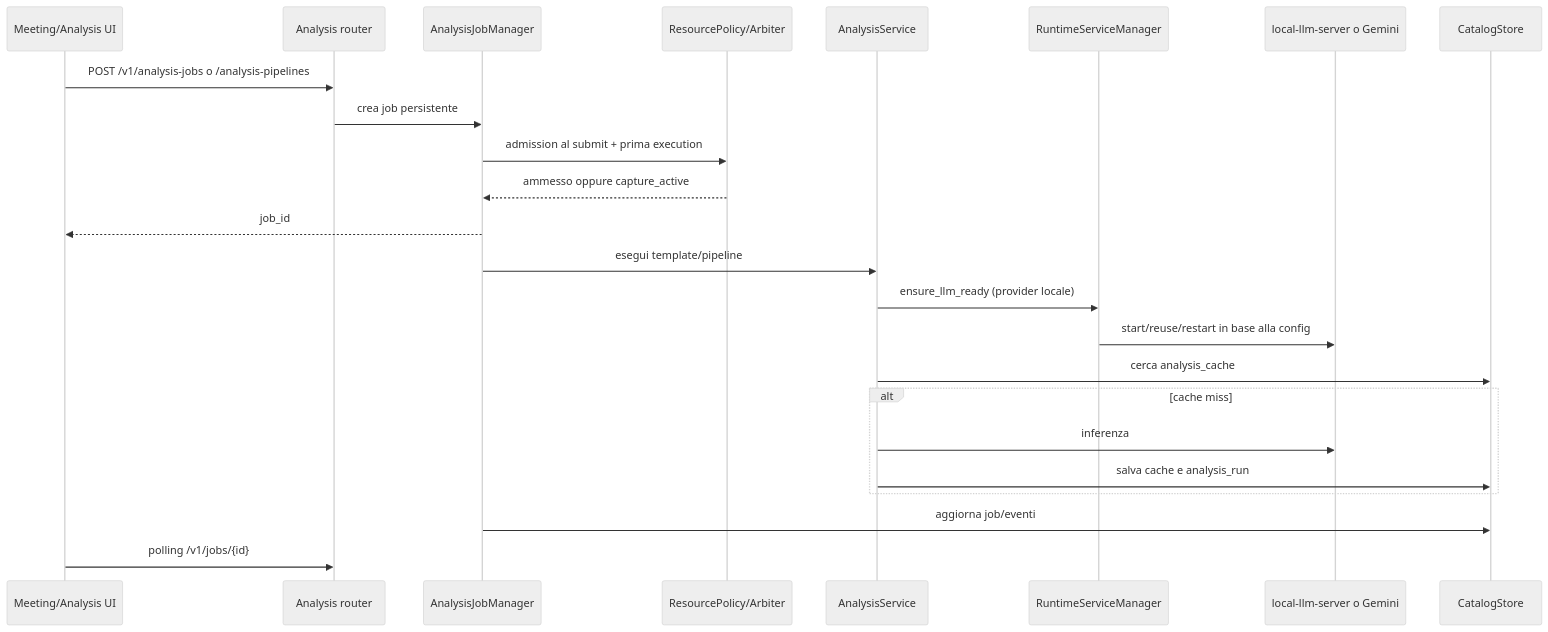
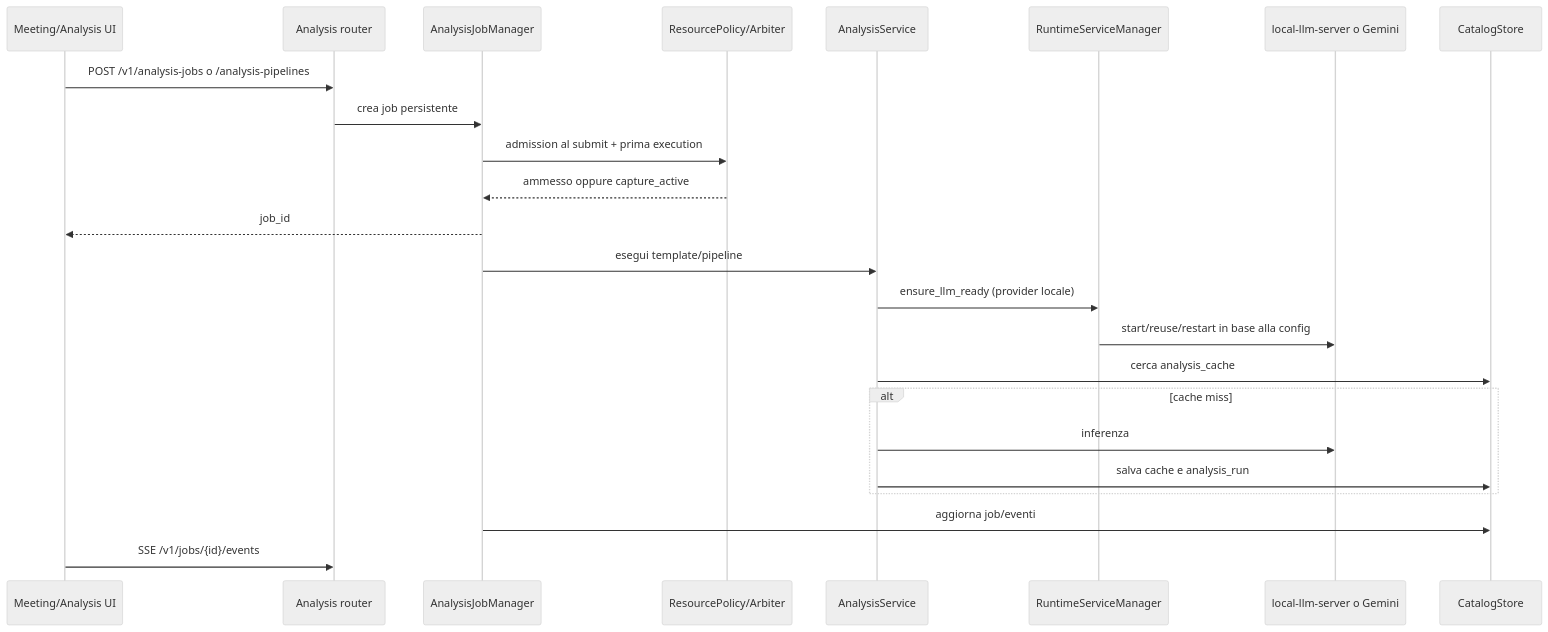
One commit to daniele21/local-asr-server changed the fifth of 6 diagrams in docs/architecture.md. Above: the diagram before and after it, drawn with Mermaid (neutral theme). The commit also changed other lines of this file, not shown here.

````diff
--- a/docs/architecture.md
+++ b/docs/architecture.md
@@ -196,27 +196,27 @@
 ```mermaid
 sequenceDiagram
     participant UI as Meeting/Analysis UI
     participant API as Analysis router
     participant JM as AnalysisJobManager
     participant RP as ResourcePolicy/Arbiter
     participant AS as AnalysisService
     participant RM as RuntimeServiceManager
     participant LLM as local-llm-server o Gemini
     participant DB as CatalogStore
 
     UI->>API: POST /v1/analysis-jobs o /analysis-pipelines
     API->>JM: crea job persistente
     JM->>RP: admission al submit + prima execution
     RP-->>JM: ammesso oppure capture_active
     JM-->>UI: job_id
     JM->>AS: esegui template/pipeline
     AS->>RM: ensure_llm_ready (provider locale)
     RM->>LLM: start/reuse/restart in base alla config
     AS->>DB: cerca analysis_cache
     alt cache miss
         AS->>LLM: inferenza
         AS->>DB: salva cache e analysis_run
     end
     JM->>DB: aggiorna job/eventi
-    UI->>API: polling /v1/jobs/{id}
+    UI->>API: SSE /v1/jobs/{id}/events
 ```
````
